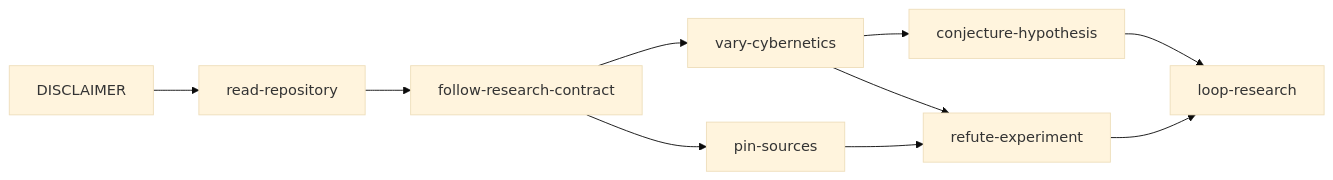
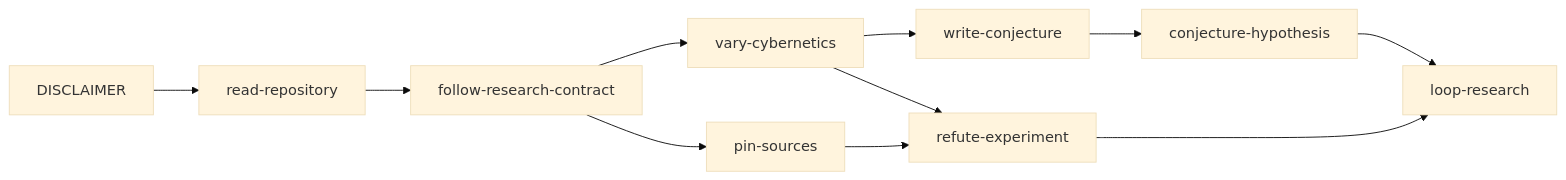
One commit to wetware-hq/popper changed the diagram in docs/read-repository.md. Above: the diagram before and after it, drawn with Mermaid (base theme). The commit also changed other lines of this file and 9 other files, not shown here.

````diff
--- a/docs/read-repository.md
+++ b/docs/read-repository.md
@@ -44,12 +45,13 @@
 ```mermaid { type: notebook.cell }
 flowchart LR
     D[DISCLAIMER] --> R[read-repository]
     R --> C[follow-research-contract]
     C --> P[pin-sources]
     C --> V[vary-cybernetics]
-    V --> H[conjecture-hypothesis]
+    V --> W[write-conjecture]
+    W --> H[conjecture-hypothesis]
     V --> E[refute-experiment]
     P --> E
     H --> L[loop-research]
     E --> L
 ```
````
